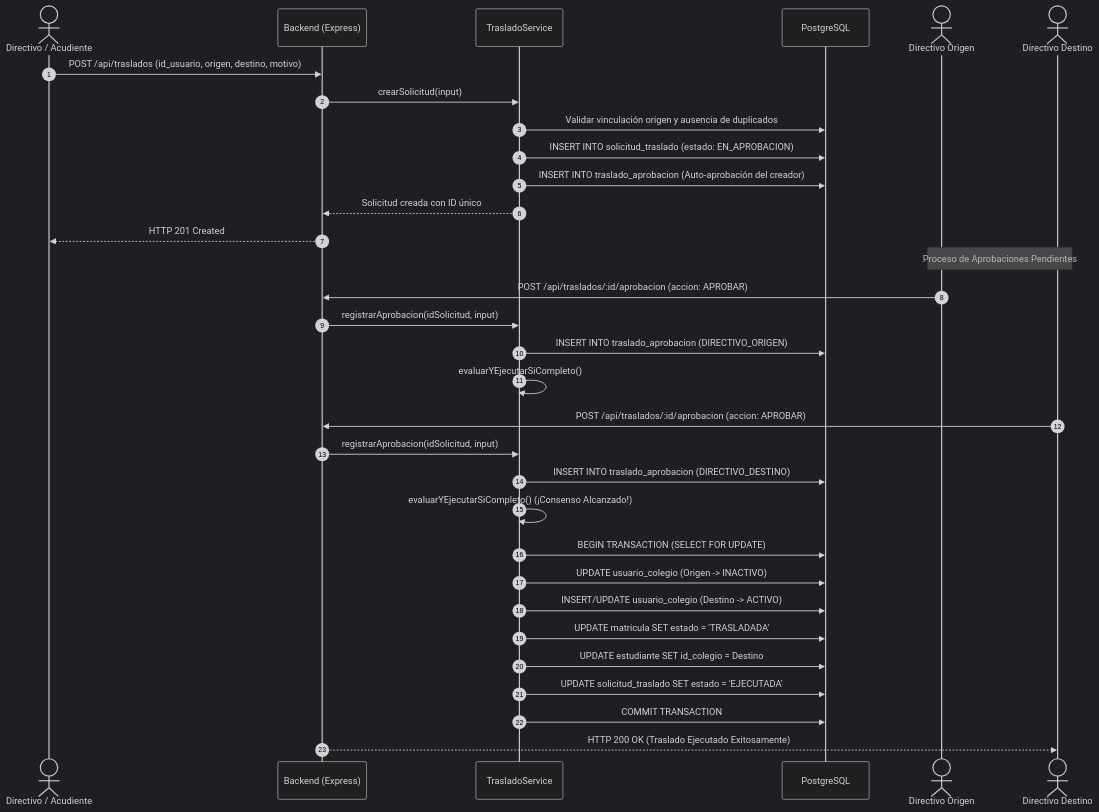
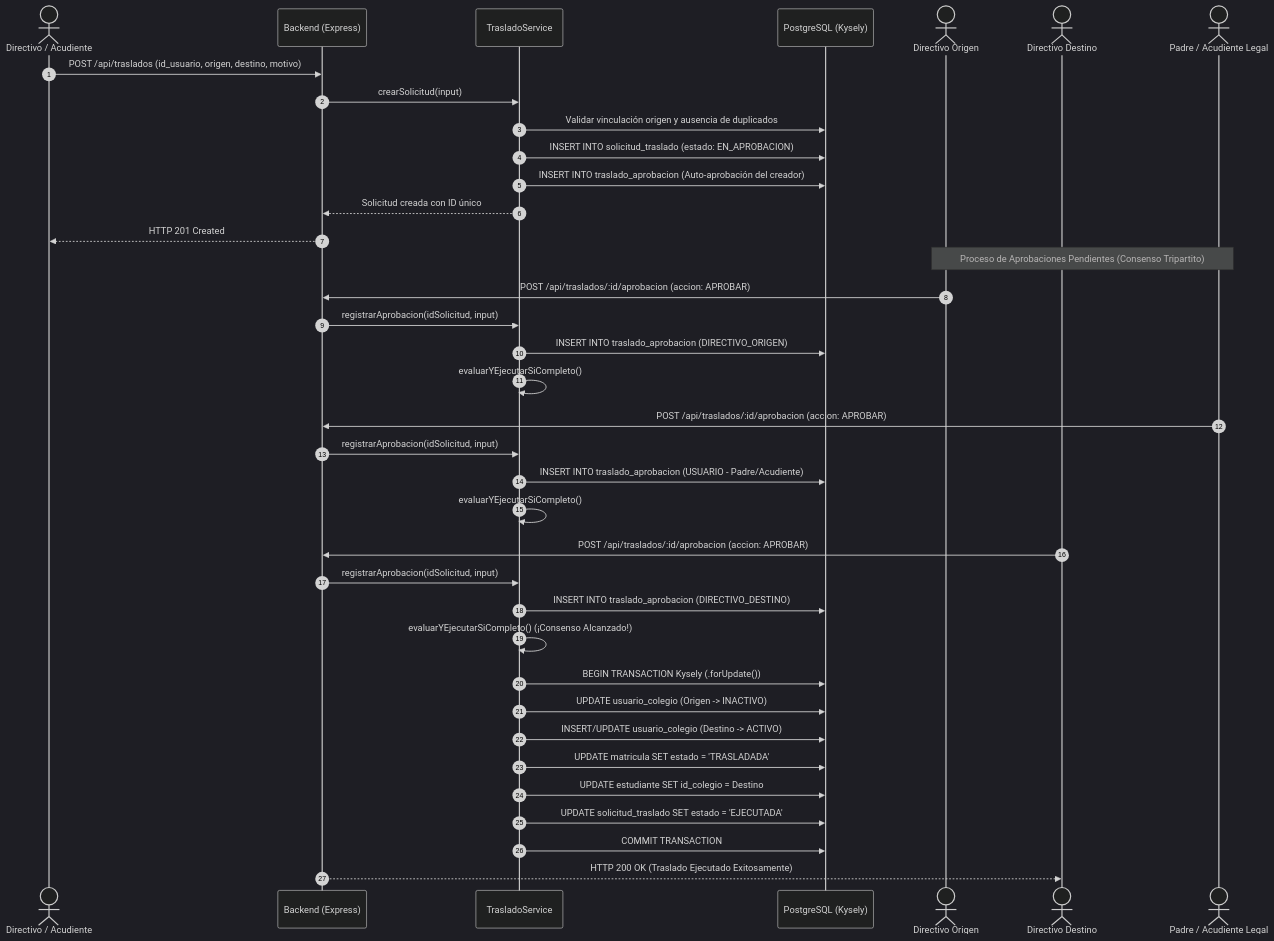
Before and after one commit to DanExl24/AcademiaNeiva: the diagram in guides/modules/18_gestion_traslados/casos_uso.md, drawn with Mermaid (dark theme). The commit also changed other lines of this file and 4 other files, not shown here.

Commit message:
feat(traslados): requerir aprobacion de acudiente/padre en traslados de estudiante y actualizar documentacion

````diff
--- a/guides/modules/18_gestion_traslados/casos_uso.md
+++ b/guides/modules/18_gestion_traslados/casos_uso.md
@@ -20,38 +20,44 @@
 ```mermaid
 sequenceDiagram
     autonumber
     actor Creador as Directivo / Acudiente
     participant API as Backend (Express)
     participant Service as TrasladoService
-    participant DB as PostgreSQL
+    participant DB as PostgreSQL (Kysely)
     actor Origen as Directivo Origen
     actor Destino as Directivo Destino
+    actor Padre as Padre / Acudiente Legal
 
     Creador->>API: POST /api/traslados (id_usuario, origen, destino, motivo)
     API->>Service: crearSolicitud(input)
     Service->>DB: Validar vinculación origen y ausencia de duplicados
     Service->>DB: INSERT INTO solicitud_traslado (estado: EN_APROBACION)
     Service->>DB: INSERT INTO traslado_aprobacion (Auto-aprobación del creador)
     Service-->>API: Solicitud creada con ID único
     API-->>Creador: HTTP 201 Created
 
-    Note over Origen,Destino: Proceso de Aprobaciones Pendientes
+    Note over Origen,Padre: Proceso de Aprobaciones Pendientes (Consenso Tripartito)
     Origen->>API: POST /api/traslados/:id/aprobacion (accion: APROBAR)
     API->>Service: registrarAprobacion(idSolicitud, input)
     Service->>DB: INSERT INTO traslado_aprobacion (DIRECTIVO_ORIGEN)
+    Service->>Service: evaluarYEjecutarSiCompleto()
+
+    Padre->>API: POST /api/traslados/:id/aprobacion (accion: APROBAR)
+    API->>Service: registrarAprobacion(idSolicitud, input)
+    Service->>DB: INSERT INTO traslado_aprobacion (USUARIO - Padre/Acudiente)
     Service->>Service: evaluarYEjecutarSiCompleto()
 
     Destino->>API: POST /api/traslados/:id/aprobacion (accion: APROBAR)
     API->>Service: registrarAprobacion(idSolicitud, input)
     Service->>DB: INSERT INTO traslado_aprobacion (DIRECTIVO_DESTINO)
     Service->>Service: evaluarYEjecutarSiCompleto() (¡Consenso Alcanzado!)
     
-    Service->>DB: BEGIN TRANSACTION (SELECT FOR UPDATE)
+    Service->>DB: BEGIN TRANSACTION Kysely (.forUpdate())
     Service->>DB: UPDATE usuario_colegio (Origen -> INACTIVO)
     Service->>DB: INSERT/UPDATE usuario_colegio (Destino -> ACTIVO)
     Service->>DB: UPDATE matricula SET estado = 'TRASLADADA'
     Service->>DB: UPDATE estudiante SET id_colegio = Destino
     Service->>DB: UPDATE solicitud_traslado SET estado = 'EJECUTADA'
     Service->>DB: COMMIT TRANSACTION
     API-->>Destino: HTTP 200 OK (Traslado Ejecutado Exitosamente)
 ```
````
